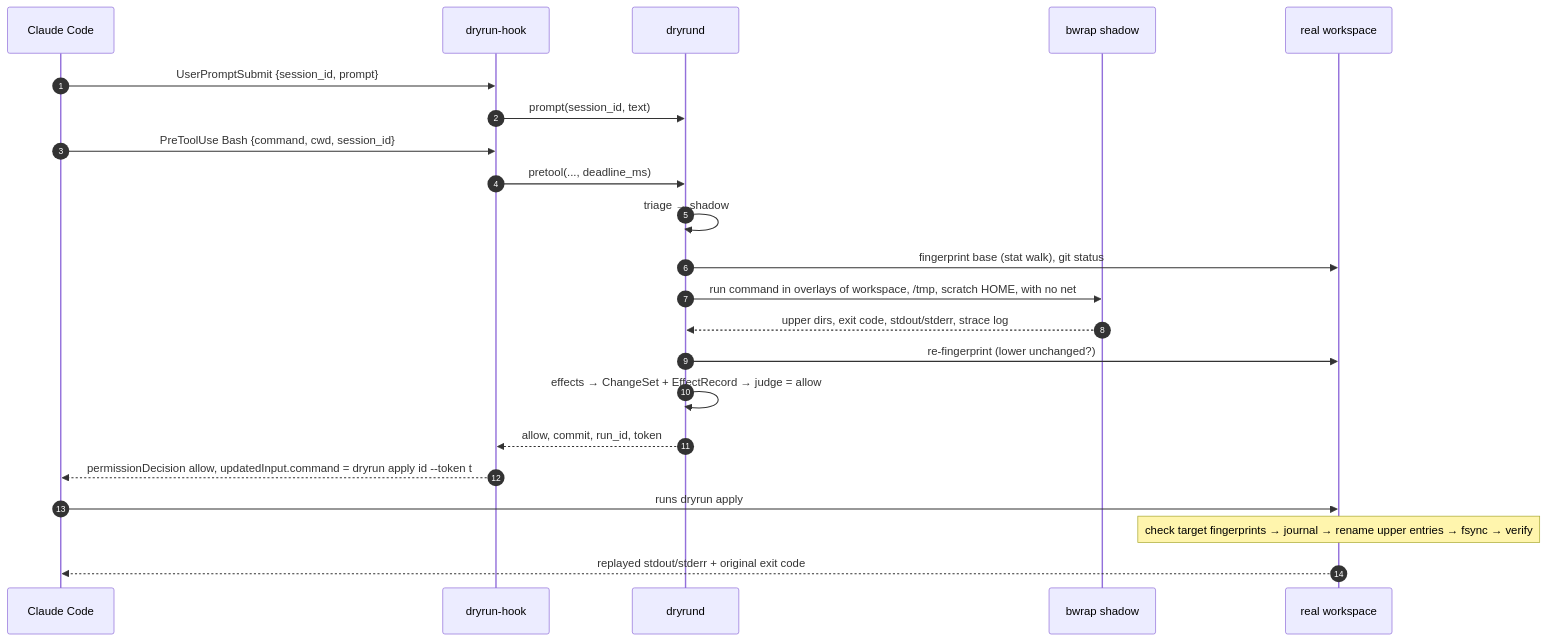
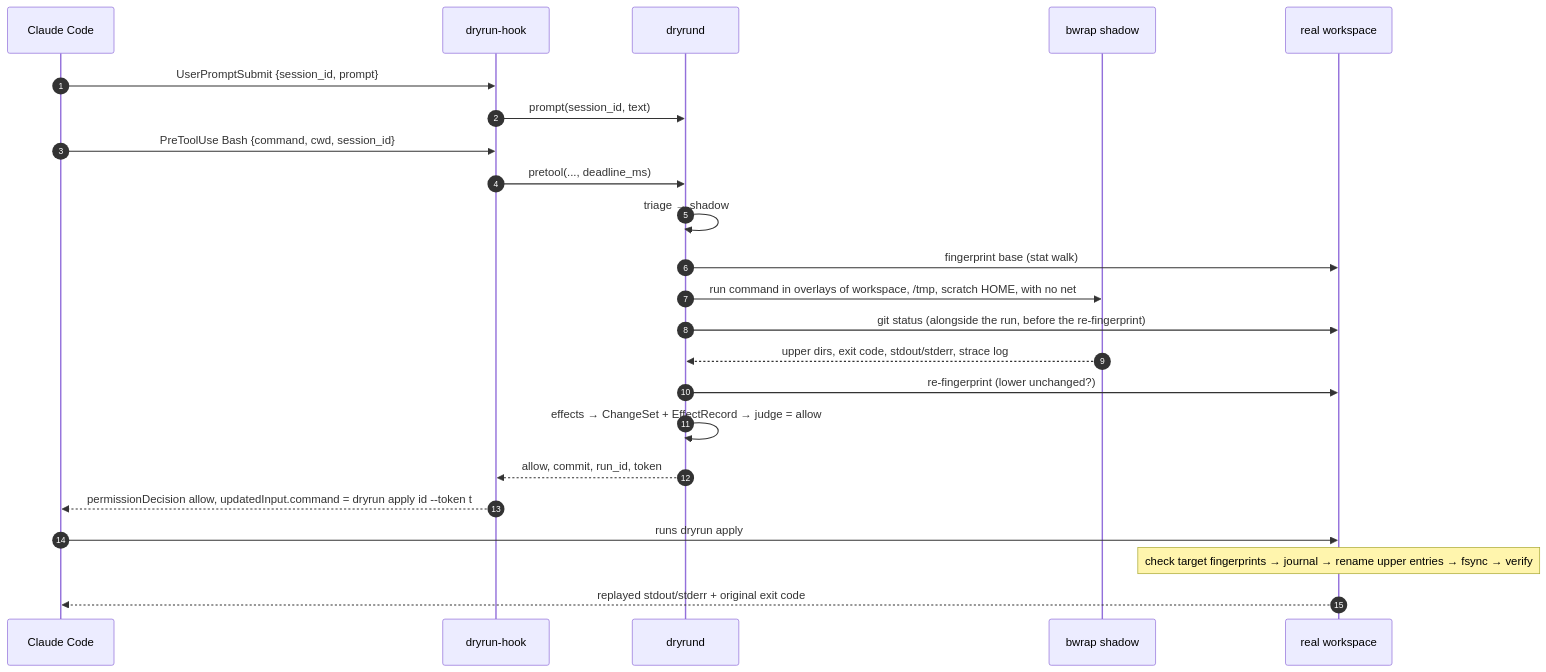
The fifth of 12 diagrams in docs/ARCHITECTURE.md (RyanL2/dry-run), drawn with Mermaid before and after one commit. The commit also changed other lines of this file and 4 other files, not shown here.

````diff
--- a/docs/ARCHITECTURE.md
+++ b/docs/ARCHITECTURE.md
@@ -182,24 +182,25 @@
 ```mermaid
 sequenceDiagram
     autonumber
     participant CC as Claude Code
     participant HK as dryrun-hook
     participant D as dryrund
     participant SB as bwrap shadow
     participant FS as real workspace
     CC->>HK: UserPromptSubmit {session_id, prompt}
     HK->>D: prompt(session_id, text)
     CC->>HK: PreToolUse Bash {command, cwd, session_id}
     HK->>D: pretool(..., deadline_ms)
     D->>D: triage → shadow
-    D->>FS: fingerprint base (stat walk), git status
+    D->>FS: fingerprint base (stat walk)
     D->>SB: run command in overlays of workspace, /tmp, scratch HOME, with no net
+    D->>FS: git status (alongside the run, before the re-fingerprint)
     SB-->>D: upper dirs, exit code, stdout/stderr, strace log
     D->>FS: re-fingerprint (lower unchanged?)
     D->>D: effects → ChangeSet + EffectRecord → judge = allow
     D-->>HK: allow, commit, run_id, token
     HK-->>CC: permissionDecision allow, updatedInput.command = dryrun apply id --token t
     CC->>FS: runs dryrun apply
     Note over FS: check target fingerprints → journal → rename upper entries → fsync → verify
     FS-->>CC: replayed stdout/stderr + original exit code
 ```
````
